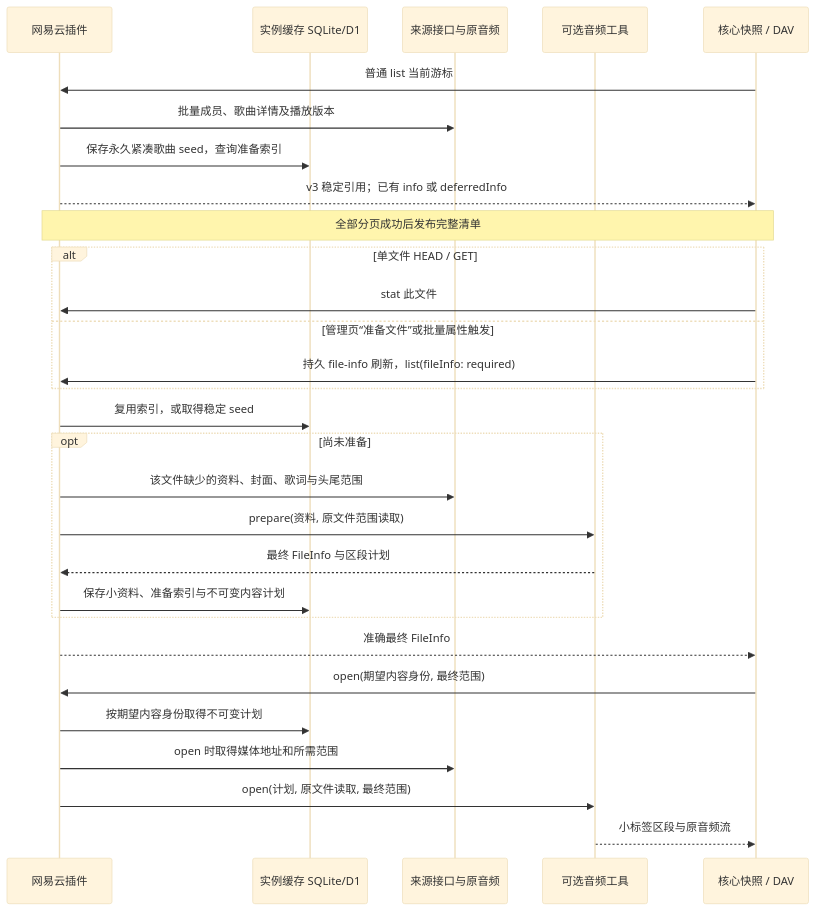
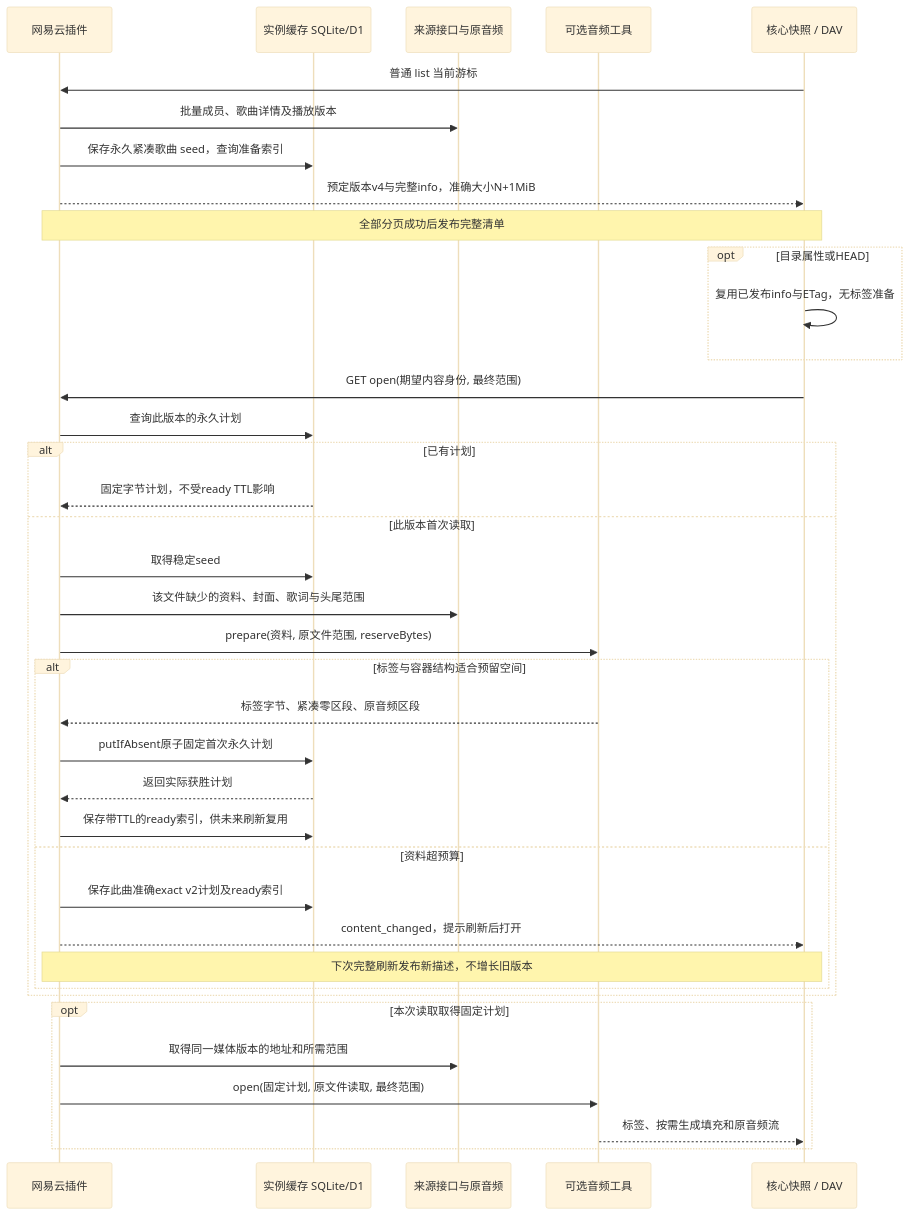
One commit to shengyusi-SYS/musicfs changed diagram 19 of 19 in docs/architecture/diagrams.md. Above: the diagram before and after it, drawn with Mermaid (base theme). The commit also changed other lines of this file and 43 other files, not shown here.

````diff
--- a/docs/architecture/diagrams.md
+++ b/docs/architecture/diagrams.md
@@ -579,31 +579,40 @@
 ```mermaid
 sequenceDiagram
   participant P as 网易云插件
   participant C as 实例缓存 SQLite/D1
   participant U as 来源接口与原音频
   participant T as 可选音频工具
   participant L as 核心快照 / DAV
   L->>P: 普通 list 当前游标
   P->>U: 批量成员、歌曲详情及播放版本
   P->>C: 保存永久紧凑歌曲 seed，查询准备索引
-  P-->>L: v3 稳定引用；已有 info 或 deferredInfo
+  P-->>L: 预定版本v4与完整info，准确大小N+1MiB
   Note over P,L: 全部分页成功后发布完整清单
-  alt 单文件 HEAD / GET
-    L->>P: stat 此文件
-  else 管理页“准备文件”或批量属性触发
-    L->>P: 持久 file-info 刷新，list(fileInfo: required)
+  opt 目录属性或HEAD
+    L->>L: 复用已发布info与ETag，无标签准备
   end
-  P->>C: 复用索引，或取得稳定 seed
-  opt 尚未准备
+  L->>P: GET open(期望内容身份, 最终范围)
+  P->>C: 查询此版本的永久计划
+  alt 已有计划
+    C-->>P: 固定字节计划，不受ready TTL影响
+  else 此版本首次读取
+    P->>C: 取得稳定seed
     P->>U: 该文件缺少的资料、封面、歌词与头尾范围
-    P->>T: prepare(资料, 原文件范围读取)
-    T-->>P: 最终 FileInfo 与区段计划
-    P->>C: 保存小资料、准备索引与不可变内容计划
+    P->>T: prepare(资料, 原文件范围, reserveBytes)
+    alt 标签与容器结构适合预留空间
+      T-->>P: 标签字节、紧凑零区段、原音频区段
+      P->>C: putIfAbsent原子固定首次永久计划
+      C-->>P: 返回实际获胜计划
+      P->>C: 保存带TTL的ready索引，供未来刷新复用
+    else 资料超预算
+      P->>C: 保存此曲准确exact v2计划及ready索引
+      P-->>L: content_changed，提示刷新后打开
+      Note over P,L: 下次完整刷新发布新描述，不增长旧版本
+    end
   end
-  P-->>L: 准确最终 FileInfo
-  L->>P: open(期望内容身份, 最终范围)
-  P->>C: 按期望内容身份取得不可变计划
-  P->>U: open 时取得媒体地址和所需范围
-  P->>T: open(计划, 原文件读取, 最终范围)
-  T-->>L: 小标签区段与原音频流
+  opt 本次读取取得固定计划
+    P->>U: 取得同一媒体版本的地址和所需范围
+    P->>T: open(固定计划, 原文件读取, 最终范围)
+    T-->>L: 标签、按需生成填充和原音频流
+  end
 ```
````
